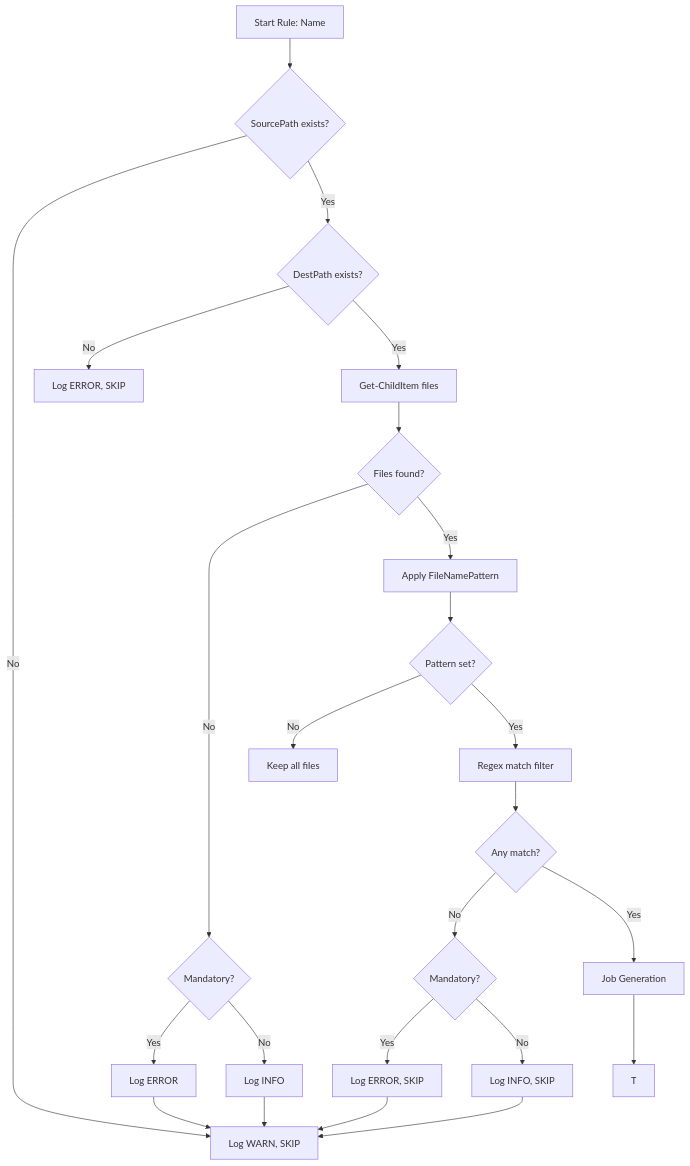
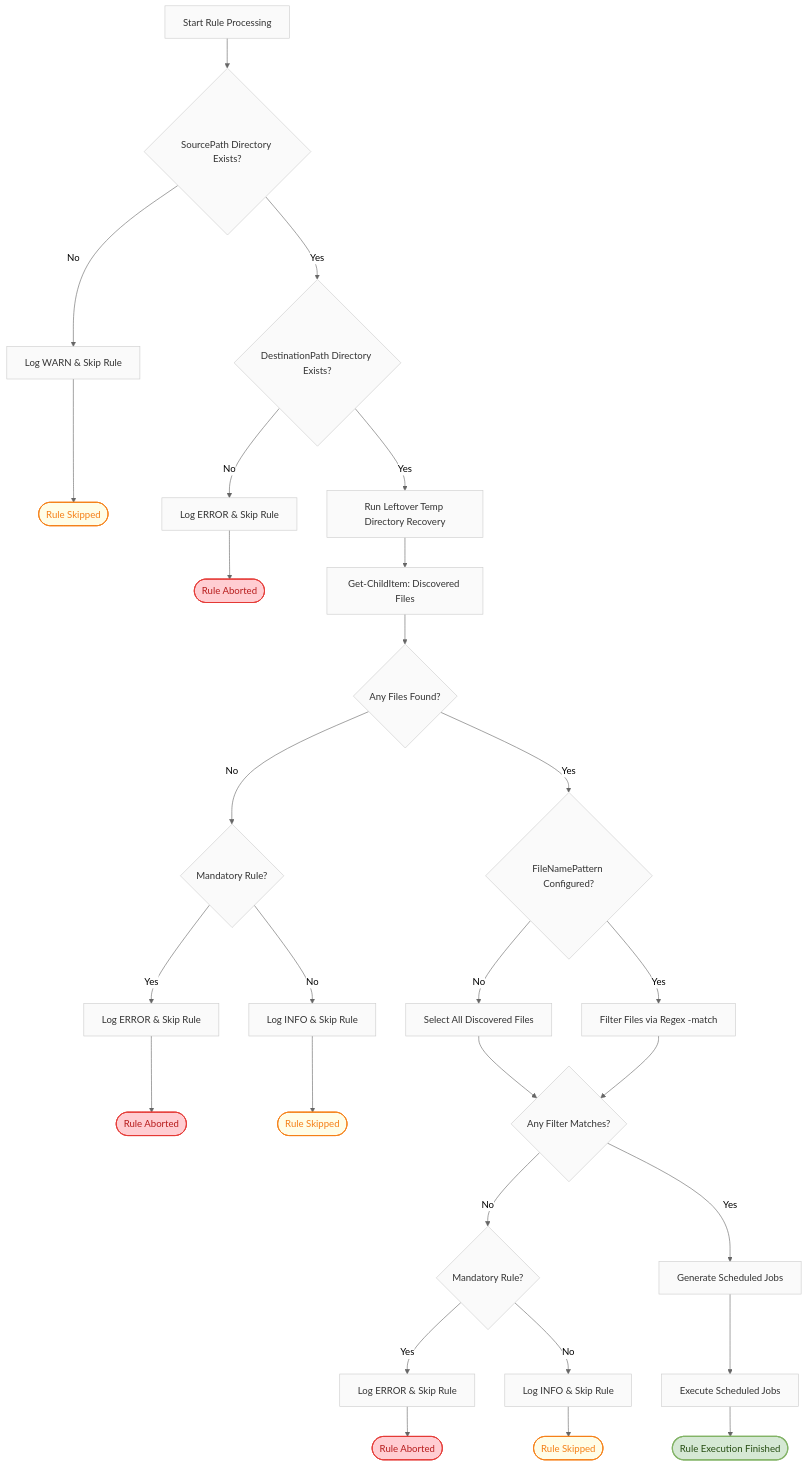
The fourth of 14 diagrams in docs/design/FLOWCHARTS.md (epuckop/shiny-pancake), drawn with Mermaid before and after one commit. The commit also changed other lines of this file and 11 other files, not shown here.

First line of the commit message:
Finalize docs, add JSON schema, rename entry script to main.ps1

````diff
--- a/docs/design/FLOWCHARTS.md
+++ b/docs/design/FLOWCHARTS.md
@@ -102,26 +144,40 @@
 ```mermaid
+%%{init: {'theme': 'neutral', 'themeVariables': { 'fontFamily': 'Segoe UI, system-ui, -apple-system, sans-serif' }}}%%
 flowchart TD
-    A[Start Rule: Name] --> B{SourcePath exists?}
-    B -->|No| C[Log WARN, SKIP]
-    B -->|Yes| D{DestPath exists?}
-    D -->|No| E[Log ERROR, SKIP]
-    D -->|Yes| F[Get-ChildItem files]
-    F --> G{Files found?}
-    G -->|No| H{Mandatory?}
-    H -->|Yes| I[Log ERROR]
-    H -->|No| J[Log INFO]
-    I --> C
-    J --> C
-    G -->|Yes| K[Apply FileNamePattern]
-    K --> L{Pattern set?}
-    L -->|No| M[Keep all files]
-    L -->|Yes| N[Regex match filter]
-    N --> O{Any match?}
-    O -->|No| P{Mandatory?}
-    P -->|Yes| Q[Log ERROR, SKIP]
-    P -->|No| R[Log INFO, SKIP]
-    Q --> C
-    R --> C
-    O -->|Yes| S[Job Generation]
-    S --> T
+    classDef default fill:#fafafa,stroke:#ccc,stroke-width:1px,color:#333;
+    classDef skip fill:#fffde7,stroke:#f57f17,stroke-width:1.5px,color:#f57f17;
+    classDef errNode fill:#ffcdd2,stroke:#e53935,stroke-width:1.5px,color:#b71c1c;
+    classDef success fill:#d5e8d4,stroke:#82b366,stroke-width:2px,color:#274e13;
+
+    A[Start Rule Processing] --> B{SourcePath Directory Exists?}
+    B -->|No| C[Log WARN & Skip Rule] --> EndSkip1([Rule Skipped])
+    B -->|Yes| D{DestinationPath Directory Exists?}
+    
+    D -->|No| E[Log ERROR & Skip Rule] --> EndErr1([Rule Aborted])
+    D -->|Yes| REC[Run Leftover Temp Directory Recovery]
+    
+    REC --> F[Get-ChildItem: Discovered Files]
+    F --> G{Any Files Found?}
+    
+    G -->|No| H{Mandatory Rule?}
+    H -->|Yes| I[Log ERROR & Skip Rule] --> EndErr2([Rule Aborted])
+    H -->|No| J[Log INFO & Skip Rule] --> EndSkip2([Rule Skipped])
+    
+    G -->|Yes| L{FileNamePattern Configured?}
+    L -->|No| M[Select All Discovered Files]
+    L -->|Yes| N[Filter Files via Regex -match]
+    
+    M --> O{Any Filter Matches?}
+    N --> O
+    
+    O -->|No| P{Mandatory Rule?}
+    P -->|Yes| Q[Log ERROR & Skip Rule] --> EndErr3([Rule Aborted])
+    P -->|No| R[Log INFO & Skip Rule] --> EndSkip3([Rule Skipped])
+    
+    O -->|Yes| S[Generate Scheduled Jobs]
+    S --> T[Execute Scheduled Jobs] --> EndSuccess([Rule Execution Finished])
+
+    class EndSkip1,EndSkip2,EndSkip3 skip;
+    class EndErr1,EndErr2,EndErr3 errNode;
+    class EndSuccess success;
 ```
````
